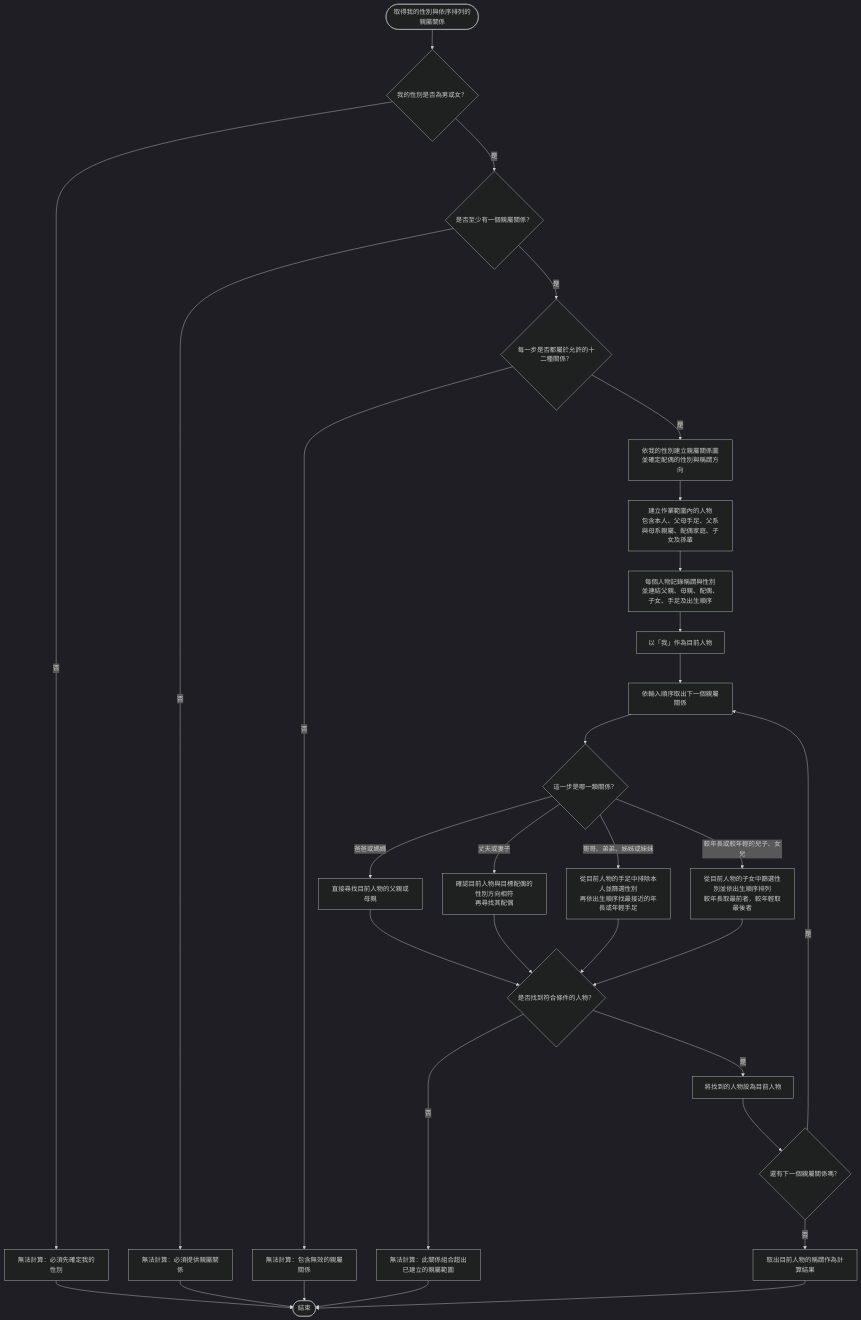
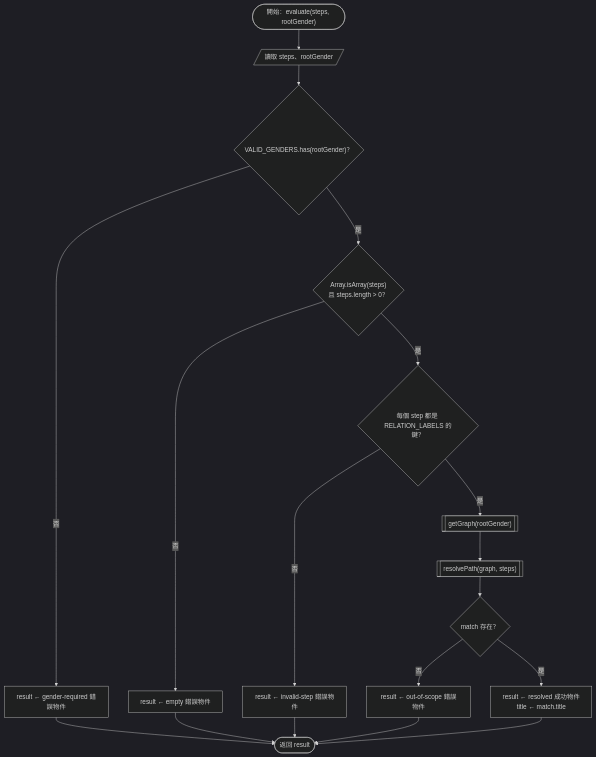
Before and after one commit to Chuen666666/hw3: diagram 19 of 29 in README.md, drawn with Mermaid (dark theme). The commit also changed other lines of this file and 1 other file, not shown here.

Commit message:
依 Demo 規範重畫流程圖

````diff
--- a/README.md
+++ b/README.md
@@ -7,37 +240,20 @@
 ```mermaid
 flowchart TD
-    START(["取得我的性別與依序排列的親屬關係"]) --> VALID_GENDER{"我的性別是否為男或女？"}
-    VALID_GENDER -- "否" --> GENDER_ERROR["無法計算：必須先確定我的性別"]
-    VALID_GENDER -- "是" --> HAS_RELATION{"是否至少有一個親屬關係？"}
-    HAS_RELATION -- "否" --> EMPTY_ERROR["無法計算：必須提供親屬關係"]
-    HAS_RELATION -- "是" --> VALID_RELATIONS{"每一步是否都屬於允許的十二種關係？"}
-    VALID_RELATIONS -- "否" --> INVALID_ERROR["無法計算：包含無效的親屬關係"]
-    VALID_RELATIONS -- "是" --> BUILD_GRAPH["依我的性別建立親屬關係圖<br/>並確定配偶的性別與稱謂方向"]
-
-    BUILD_GRAPH --> PEOPLE["建立作業範圍內的人物<br/>包含本人、父母手足、父系與母系親屬、配偶家庭、子女及孫輩"]
-    PEOPLE --> LINKS["每個人物記錄稱謂與性別<br/>並連結父親、母親、配偶、子女、手足及出生順序"]
-    LINKS --> CURRENT["以「我」作為目前人物"]
-    CURRENT --> NEXT["依輸入順序取出下一個親屬關係"]
-    NEXT --> RELATION_TYPE{"這一步是哪一類關係？"}
-
-    RELATION_TYPE -- "爸爸或媽媽" --> PARENT["直接尋找目前人物的父親或母親"]
-    RELATION_TYPE -- "丈夫或妻子" --> SPOUSE["確認目前人物與目標配偶的性別方向相符<br/>再尋找其配偶"]
-    RELATION_TYPE -- "哥哥、弟弟、姊姊或妹妹" --> SIBLING["從目前人物的手足中排除本人並篩選性別<br/>再依出生順序找最接近的年長或年輕手足"]
-    RELATION_TYPE -- "較年長或較年輕的兒子、女兒" --> CHILD["從目前人物的子女中篩選性別並依出生順序排列<br/>較年長取最前者，較年輕取最後者"]
-
-    PARENT --> FOUND{"是否找到符合條件的人物？"}
-    SPOUSE --> FOUND
-    SIBLING --> FOUND
-    CHILD --> FOUND
-    FOUND -- "否" --> SCOPE_ERROR["無法計算：此關係組合超出已建立的親屬範圍"]
-    FOUND -- "是" --> MOVE["將找到的人物設為目前人物"]
-    MOVE --> HAS_NEXT{"還有下一個親屬關係嗎？"}
-    HAS_NEXT -- "是" --> NEXT
-    HAS_NEXT -- "否" --> RESULT["取出目前人物的稱謂作為計算結果"]
-
-    GENDER_ERROR --> END(["結束"])
-    EMPTY_ERROR --> END
-    INVALID_ERROR --> END
-    SCOPE_ERROR --> END
-    RESULT --> END
+    START(["開始：evaluate(steps, rootGender)"]) --> INPUT[/"讀取 steps、rootGender"/]
+    INPUT --> GENDER{"VALID_GENDERS.has(rootGender)？"}
+    GENDER -- "否" --> GENDER_ERROR["result ← gender-required 錯誤物件"]
+    GENDER -- "是" --> NONEMPTY{"Array.isArray(steps)<br/>且 steps.length > 0？"}
+    NONEMPTY -- "否" --> EMPTY_ERROR["result ← empty 錯誤物件"]
+    NONEMPTY -- "是" --> VALID{"每個 step 都是 RELATION_LABELS 的鍵？"}
+    VALID -- "否" --> INVALID_ERROR["result ← invalid-step 錯誤物件"]
+    VALID -- "是" --> GRAPH[["getGraph(rootGender)"]]
+    GRAPH --> RESOLVE[["resolvePath(graph, steps)"]]
+    RESOLVE --> MATCH{"match 存在？"}
+    MATCH -- "否" --> SCOPE_ERROR["result ← out-of-scope 錯誤物件"]
+    MATCH -- "是" --> SUCCESS["result ← resolved 成功物件<br/>title ← match.title"]
+    GENDER_ERROR --> RETURN(["返回 result"])
+    EMPTY_ERROR --> RETURN
+    INVALID_ERROR --> RETURN
+    SCOPE_ERROR --> RETURN
+    SUCCESS --> RETURN
 ```
````
